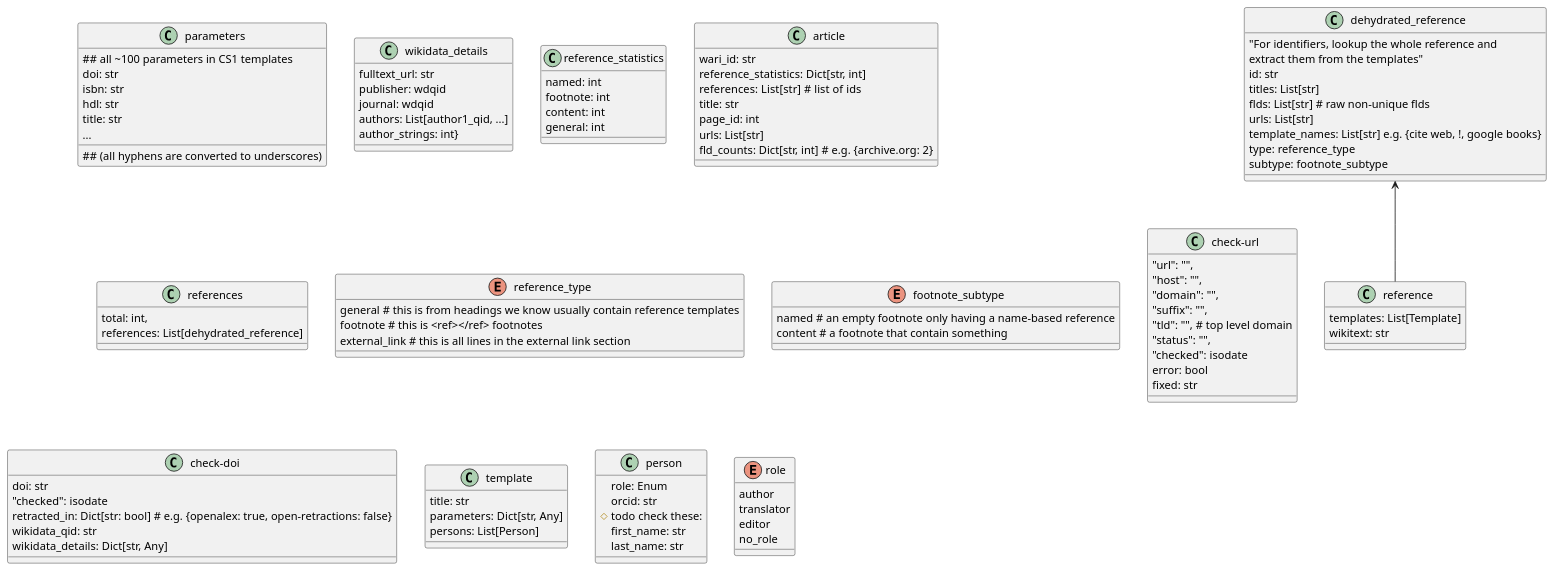
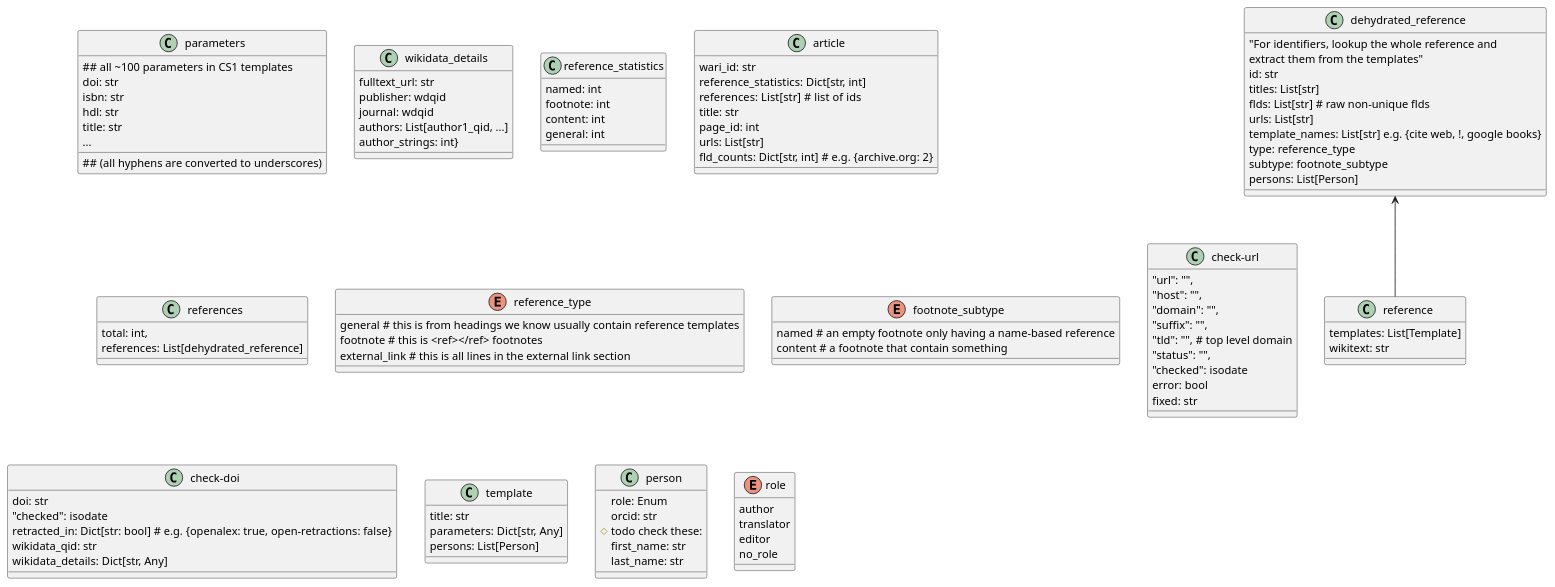
One commit to internetarchive/iari changed the diagram in diagrams/wari/classes.puml. Above: the diagram before and after it, drawn with PlantUML. The commit also changed 12 other files, not shown here.

```diff
--- a/diagrams/wari/classes.puml
+++ b/diagrams/wari/classes.puml
@@ -1,103 +1,101 @@
 @startuml
 'https://plantuml.com/class-diagram
 
-'class references_count{
-'total: int
-'}
 class parameters{
 ## all ~100 parameters in CS1 templates
 ## (all hyphens are converted to underscores)
 doi: str
 isbn: str
 hdl: str
 title: str
 ...
 }
 class wikidata_details{
 fulltext_url: str
 publisher: wdqid
 journal: wdqid
 authors: List[author1_qid, ...]
 author_strings: int}
 }
 class reference_statistics{
 named: int
 footnote: int
 content: int
 general: int
 }
 class article{
 wari_id: str
 reference_statistics: Dict[str, int]
 references: List[str] #  list of ids
 title: str
 page_id: int
 urls: List[str]
 fld_counts: Dict[str, int] # e.g. {archive.org: 2}
 }
 class references{
 total: int,
 references: List[dehydrated_reference]
 }
 class reference{
 templates: List[Template]
 wikitext: str
 }
 enum reference_type{
 general # this is from headings we know usually contain reference templates
 footnote # this is <ref></ref> footnotes
 external_link # this is all lines in the external link section
 }
 enum footnote_subtype{
 named # an empty footnote only having a name-based reference
 content # a footnote that contain something
 }
 class dehydrated_reference {
 "For identifiers, lookup the whole reference and
 extract them from the templates"
 id: str
 titles: List[str]
 flds: List[str] # raw non-unique flds
 urls: List[str]
 template_names: List[str] e.g. {cite web, !, google books}
 type: reference_type
 subtype: footnote_subtype
+persons: List[Person]
 }
 dehydrated_reference <-- reference
 class check-url{
 "url": "",
 "host": "",
 "domain": "",
 "suffix": "",
 "tld": "", # top level domain
 "status": "",
 "checked": isodate
 error: bool
 fixed: str
 }
 class check-doi{
 doi: str
 "checked": isodate
 retracted_in: Dict[str: bool] # e.g. {openalex: true, open-retractions: false}
 wikidata_qid: str
 wikidata_details: Dict[str, Any]
 }
 class template{
 title: str
 parameters: Dict[str, Any]
 persons: List[Person]
 }
 class person{
 role: Enum
 orcid: str
 # todo check these:
 first_name: str
 last_name: str
 }
 enum role{
 author
 translator
 editor
 no_role
 }
 @enduml
```
